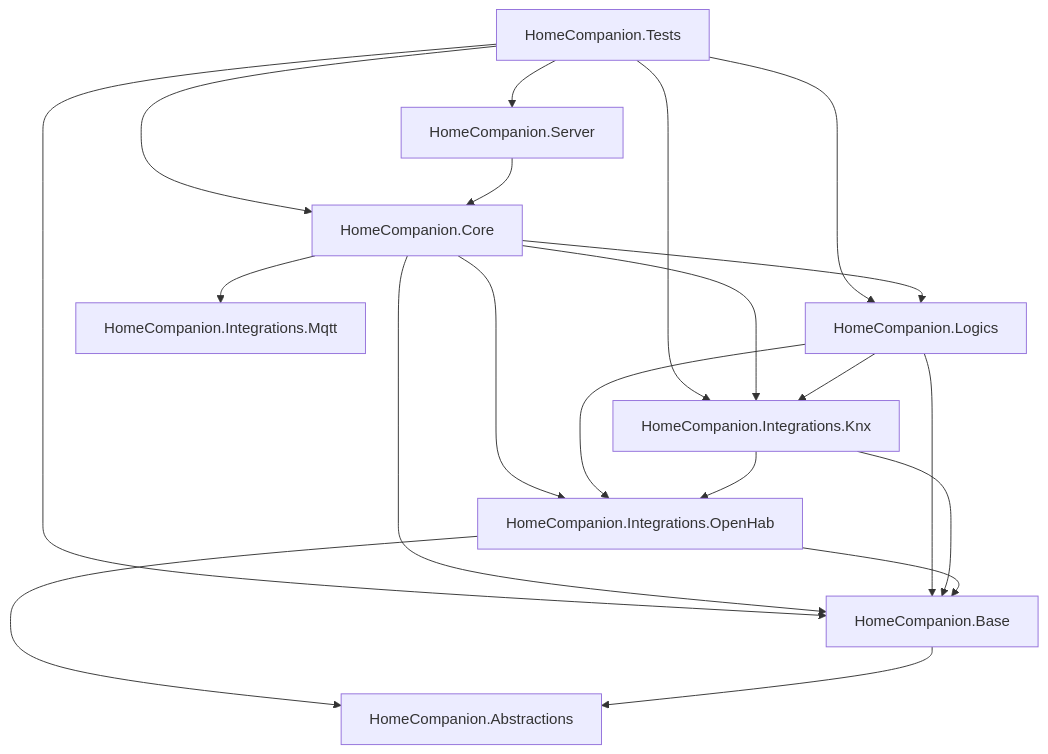
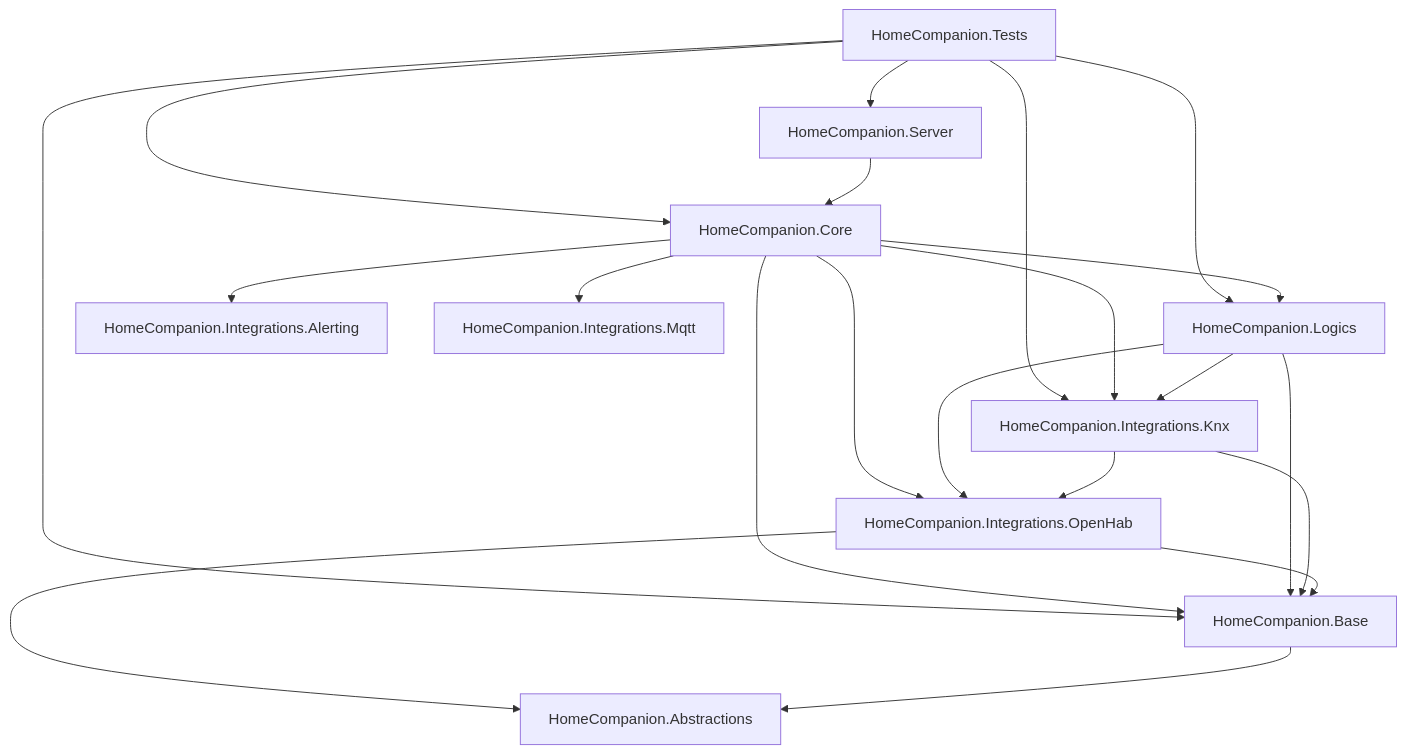
Before and after one commit to sfuchs-eng/HomeCompanion: the diagram in README.md, drawn with Mermaid. The commit also changed other lines of this file and 29 other files, not shown here.

````diff
--- a/README.md
+++ b/README.md
@@ -72,28 +73,29 @@
 ```mermaid
 graph TD
   Tests[HomeCompanion.Tests] --> Server[HomeCompanion.Server]
   Tests --> Core[HomeCompanion.Core]
   Tests --> Base[HomeCompanion.Base]
   Tests --> Logics[HomeCompanion.Logics]
   Tests --> IntegrationsKnx[HomeCompanion.Integrations.Knx]
 
   Server --> Core
 
   Core --> Base
   Core --> Logics
   Core --> IntegrationsKnx
+  Core --> IntegrationsAlerting[HomeCompanion.Integrations.Alerting]
   Core --> IntegrationsOpenHab[HomeCompanion.Integrations.OpenHab]
   Core --> IntegrationsMqtt[HomeCompanion.Integrations.Mqtt]
 
   Logics --> Base
   Logics --> IntegrationsKnx
   Logics --> IntegrationsOpenHab
 
   IntegrationsKnx --> Base
   IntegrationsKnx --> IntegrationsOpenHab
 
   IntegrationsOpenHab --> Base
   IntegrationsOpenHab --> Abstractions[HomeCompanion.Abstractions]
 
   Base --> Abstractions
 ```
````
